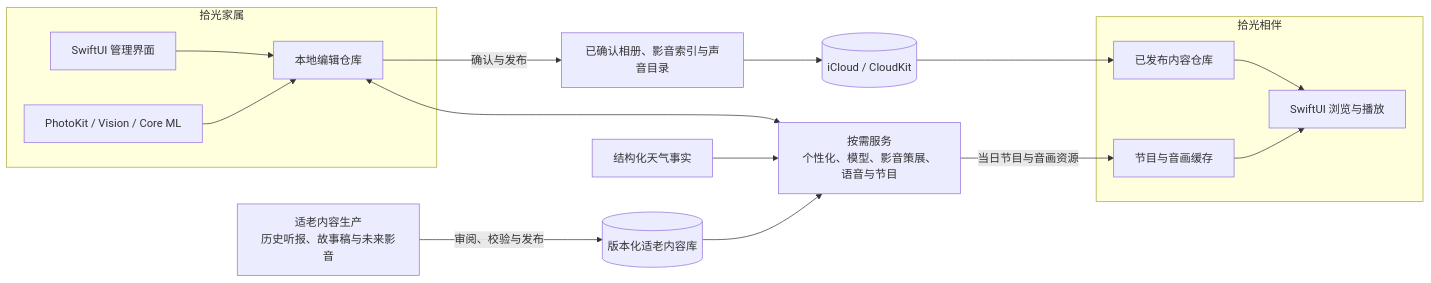
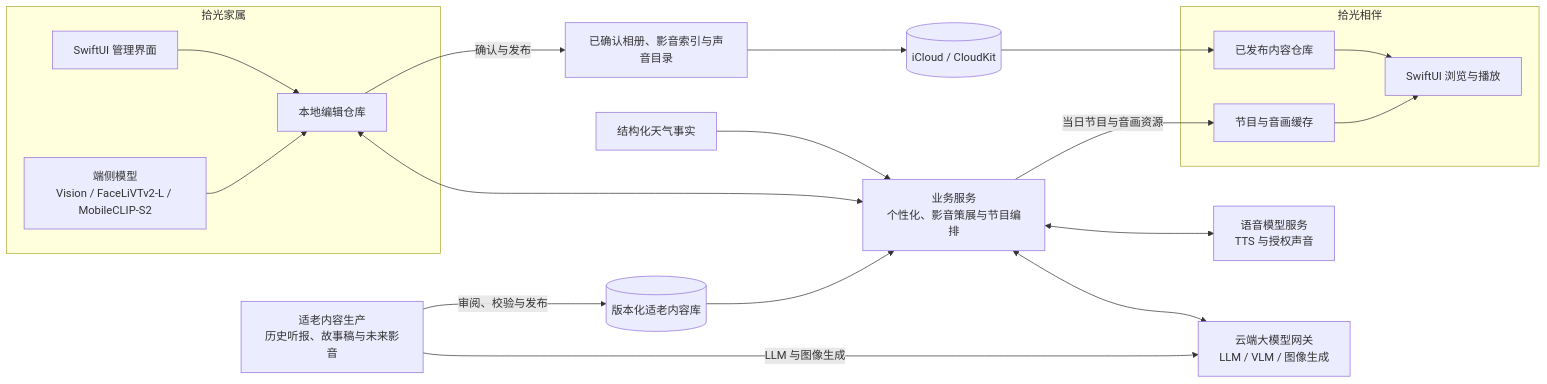
The second of 2 diagrams in README.md (FlyLow24/ReLight), drawn with Mermaid before and after one commit. The commit also changed other lines of this file, not shown here.

Commit message:
Explain on-device and cloud model roles

````diff
--- a/README.md
+++ b/README.md
@@ -100,34 +117,39 @@
 ```mermaid
 flowchart LR
     subgraph Organizer[拾光家属]
         OUI[SwiftUI 管理界面]
         Local[本地编辑仓库]
-        DeviceAI[PhotoKit / Vision / Core ML]
+        DeviceAI[端侧模型<br/>Vision / FaceLiVTv2-L / MobileCLIP-S2]
         OUI --> Local
         DeviceAI --> Local
     end
 
-    Services[按需服务<br/>个性化、模型、影音策展、语音与节目]
+    Services[业务服务<br/>个性化、影音策展与节目编排]
+    ModelGateway[云端大模型网关<br/>LLM / VLM / 图像生成]
+    SpeechModels[语音模型服务<br/>TTS 与授权声音]
     Published[已确认相册、影音索引与声音目录]
     Cloud[(iCloud / CloudKit)]
     Weather[结构化天气事实]
     ContentFactory[适老内容生产<br/>历史听报、故事稿与未来影音]
     ContentLibrary[(版本化适老内容库)]
 
     subgraph LovedOne[拾光相伴]
         Synced[已发布内容仓库]
         ProgramCache[节目与音画缓存]
         LUI[SwiftUI 浏览与播放]
         Synced --> LUI
         ProgramCache --> LUI
     end
 
     Local <--> Services
+    Services <--> ModelGateway
+    Services <--> SpeechModels
     Weather --> Services
+    ContentFactory -->|LLM 与图像生成| ModelGateway
     ContentFactory -->|审阅、校验与发布| ContentLibrary
     ContentLibrary --> Services
     Local -->|确认与发布| Published
     Published --> Cloud
     Cloud --> Synced
     Services -->|当日节目与音画资源| ProgramCache
 ```
````
